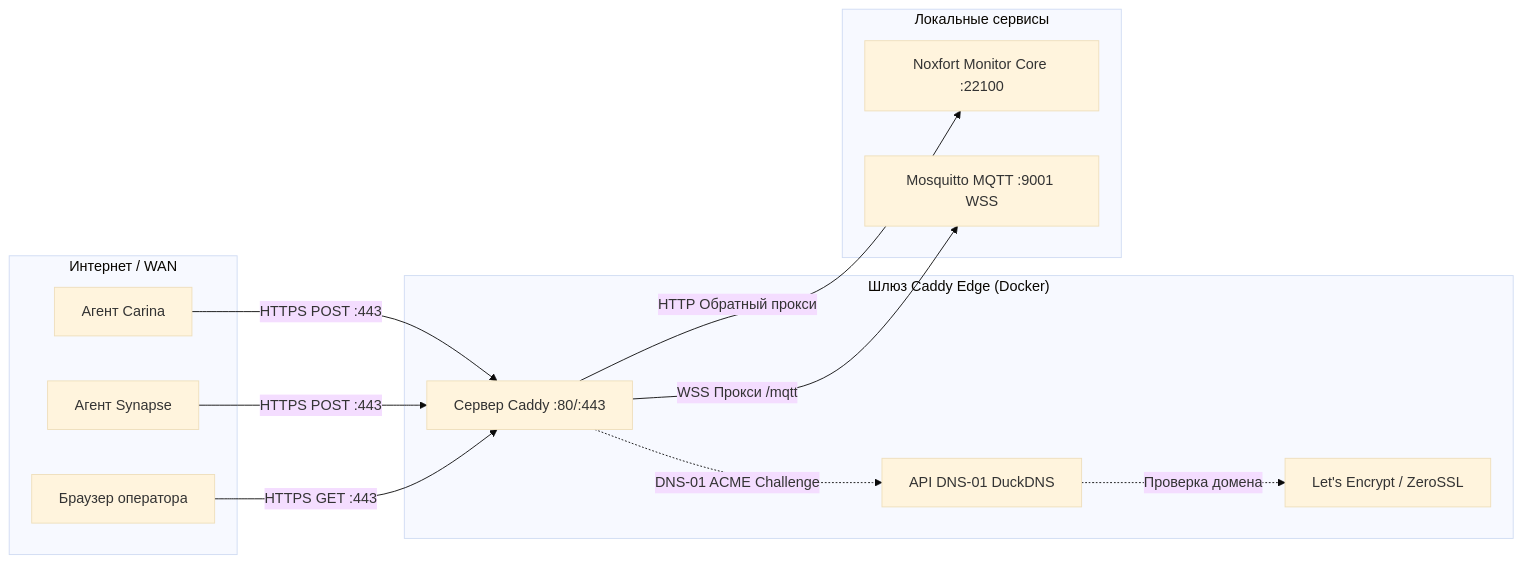
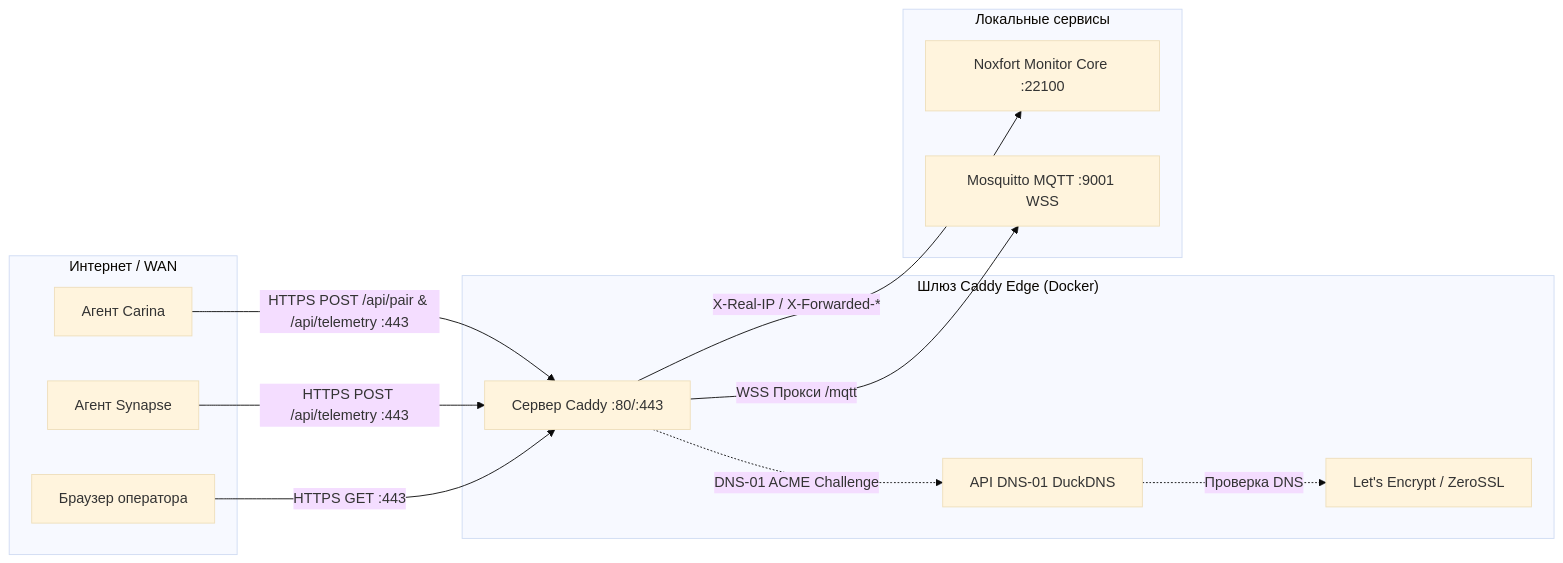
Before and after one commit to Noxfort-Systems-Brazil/MONITOR: the diagram in docs/ru/caddy_integration.md, drawn with Mermaid (base theme). The commit also changed other lines of this file and 186 other files, not shown here.

````diff
--- a/docs/ru/caddy_integration.md
+++ b/docs/ru/caddy_integration.md
@@ -11,29 +11,29 @@
 ```mermaid
 graph LR
     subgraph "Интернет / WAN"
         Carina[Агент Carina]
         Synapse[Агент Synapse]
         Browser[Браузер оператора]
     end
 
     subgraph "Шлюз Caddy Edge (Docker)"
-        Caddy[Сервер Caddy :80/:443]
-        LetEncrypt[Let's Encrypt / ZeroSSL]
+        Caddy["Сервер Caddy :80/:443"]
+        LetEncrypt["Let's Encrypt / ZeroSSL"]
         DuckAPI[API DNS-01 DuckDNS]
     end
 
     subgraph "Локальные сервисы"
-        Monitor[Noxfort Monitor Core :22100]
-        Mosquitto[Mosquitto MQTT :9001 WSS]
+        Monitor["Noxfort Monitor Core :22100"]
+        Mosquitto["Mosquitto MQTT :9001 WSS"]
     end
 
-    Carina -->|HTTPS POST :443| Caddy
-    Synapse -->|HTTPS POST :443| Caddy
-    Browser -->|HTTPS GET :443| Caddy
+    Carina -->|"HTTPS POST /api/pair & /api/telemetry :443"| Caddy
+    Synapse -->|"HTTPS POST /api/telemetry :443"| Caddy
+    Browser -->|"HTTPS GET :443"| Caddy
 
-    Caddy -.->|DNS-01 ACME Challenge| DuckAPI
-    DuckAPI -.->|Проверка домена| LetEncrypt
+    Caddy -.->|"DNS-01 ACME Challenge"| DuckAPI
+    DuckAPI -.->|"Проверка DNS"| LetEncrypt
 
-    Caddy -->|HTTP Обратный прокси| Monitor
-    Caddy -->|WSS Прокси /mqtt| Mosquitto
+    Caddy -->|"X-Real-IP / X-Forwarded-*"| Monitor
+    Caddy -->|"WSS Прокси /mqtt"| Mosquitto
 ```
````
